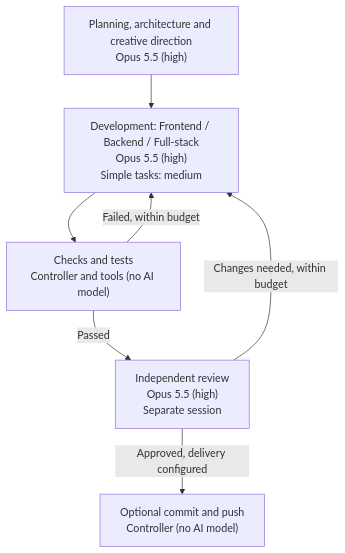
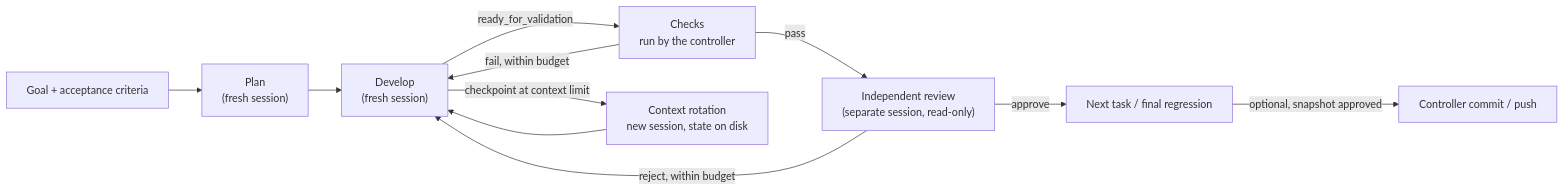
The diagram in README.md (nunomarques97/forja), drawn with Mermaid before and after one commit. The commit also changed other lines of this file, not shown here.

````diff
--- a/README.md
+++ b/README.md
@@ -144,15 +31,13 @@
 ```mermaid
-flowchart TD
-    P["Planning, architecture and creative direction<br/>Opus 5.5 (high)"]
-    D["Development: Frontend / Backend / Full-stack<br/>Opus 5.5 (high)<br/>Simple tasks: medium"]
-    C["Checks and tests<br/>Controller and tools (no AI model)"]
-    R["Independent review<br/>Opus 5.5 (high)<br/>Separate session"]
-    G["Optional commit and push<br/>Controller (no AI model)"]
-
-    P --> D
-    D --> C
-    C -->|Passed| R
-    C -->|Failed, within budget| D
-    R -->|Changes needed, within budget| D
-    R -->|Approved, delivery configured| G
+flowchart LR
+    Goal["Goal + acceptance criteria"] --> Plan["Plan<br/>(fresh session)"]
+    Plan --> Dev["Develop<br/>(fresh session)"]
+    Dev -->|ready_for_validation| Checks["Checks<br/>run by the controller"]
+    Dev -->|checkpoint at context limit| Rotate["Context rotation<br/>new session, state on disk"]
+    Rotate --> Dev
+    Checks -->|pass| Review["Independent review<br/>(separate session, read-only)"]
+    Checks -->|fail, within budget| Dev
+    Review -->|reject, within budget| Dev
+    Review -->|approve| Next["Next task / final regression"]
+    Next -->|optional, snapshot approved| Deliver["Controller commit / push"]
 ```
````
